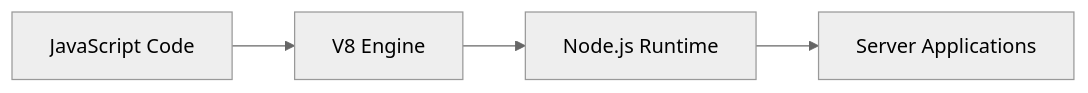
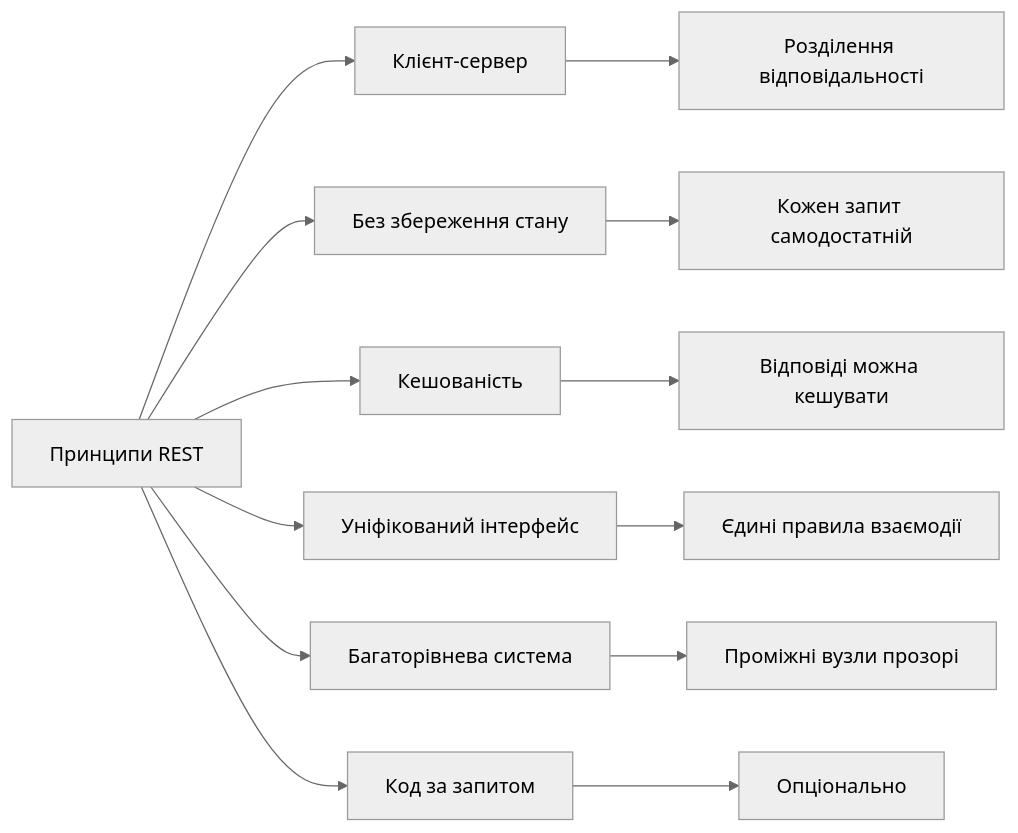
The first of 8 diagrams in presentations/presentation-03.md (olroi421/course-web), drawn with Mermaid (neutral theme) before and after one commit. The commit also changed other lines of this file and 10 other files, not shown here.

````diff
--- a/presentations/presentation-03.md
+++ b/presentations/presentation-03.md
@@ -19,6 +25,16 @@
 ```mermaid
 graph LR
-    A[JavaScript Code] --> B[V8 Engine]
-    B --> C[Node.js Runtime]
-    C --> D[Server Applications]
+    A[Принципи REST] --> B[Клієнт-сервер]
+    A --> C[Без збереження стану]
+    A --> D[Кешованість]
+    A --> E[Уніфікований інтерфейс]
+    A --> F[Багаторівнева система]
+    A --> G[Код за запитом]
+
+    B --> B1[Розділення відповідальності]
+    C --> C1[Кожен запит самодостатній]
+    D --> D1[Відповіді можна кешувати]
+    E --> E1[Єдині правила взаємодії]
+    F --> F1[Проміжні вузли прозорі]
+    G --> G1[Опціонально]
 ```
````
